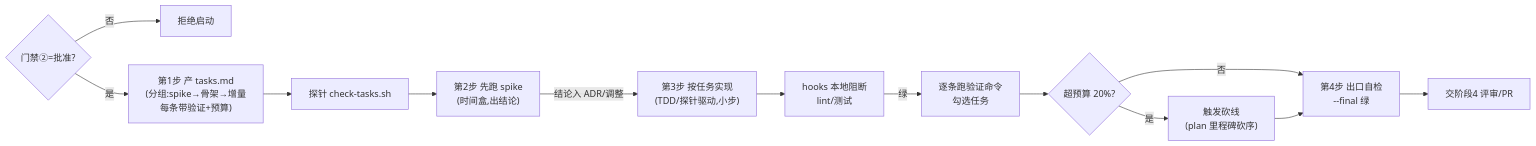
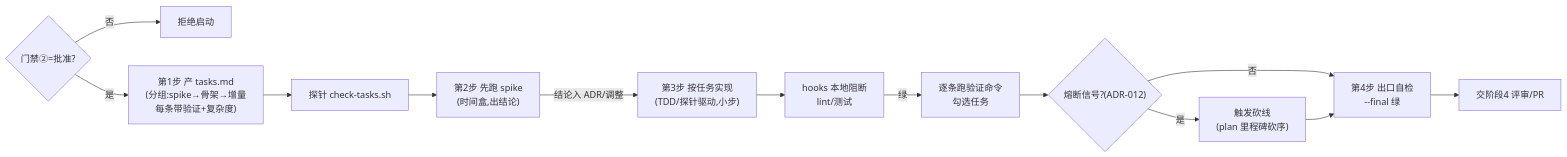
The diagram in docs/process/stages/stage-3-implement.md (Albertsun6/aisep729), drawn with Mermaid before and after one commit. The commit also changed other lines of this file and 3 other files, not shown here.

````diff
--- a/docs/process/stages/stage-3-implement.md
+++ b/docs/process/stages/stage-3-implement.md
@@ -35,15 +35,15 @@
 ```mermaid
 flowchart LR
     GATE2{"门禁②=批准?"} -->|否| REJECT["拒绝启动"]
-    GATE2 -->|是| TASKS["第1步 产 tasks.md<br/>(分组:spike→骨架→增量<br/>每条带验证+预算)"]
+    GATE2 -->|是| TASKS["第1步 产 tasks.md<br/>(分组:spike→骨架→增量<br/>每条带验证+复杂度)"]
     TASKS --> PROBE1["探针 check-tasks.sh"]
     PROBE1 --> SPIKE["第2步 先跑 spike<br/>(时间盒,出结论)"]
     SPIKE -->|"结论入 ADR/调整"| IMPL["第3步 按任务实现<br/>(TDD/探针驱动,小步)"]
     IMPL --> HOOK["hooks 本地阻断<br/>lint/测试"]
     HOOK -->|"绿"| CHECK["逐条跑验证命令<br/>勾选任务"]
-    CHECK --> BUDGET{"超预算 20%?"}
+    CHECK --> BUDGET{"熔断信号?(ADR-012)"}
     BUDGET -->|是| CUT["触发砍线<br/>(plan 里程碑砍序)"]
     BUDGET -->|否| DONE["第4步 出口自检<br/>--final 绿"]
     CUT --> DONE
     DONE --> NEXT["交阶段4 评审/PR"]
 ```
````
